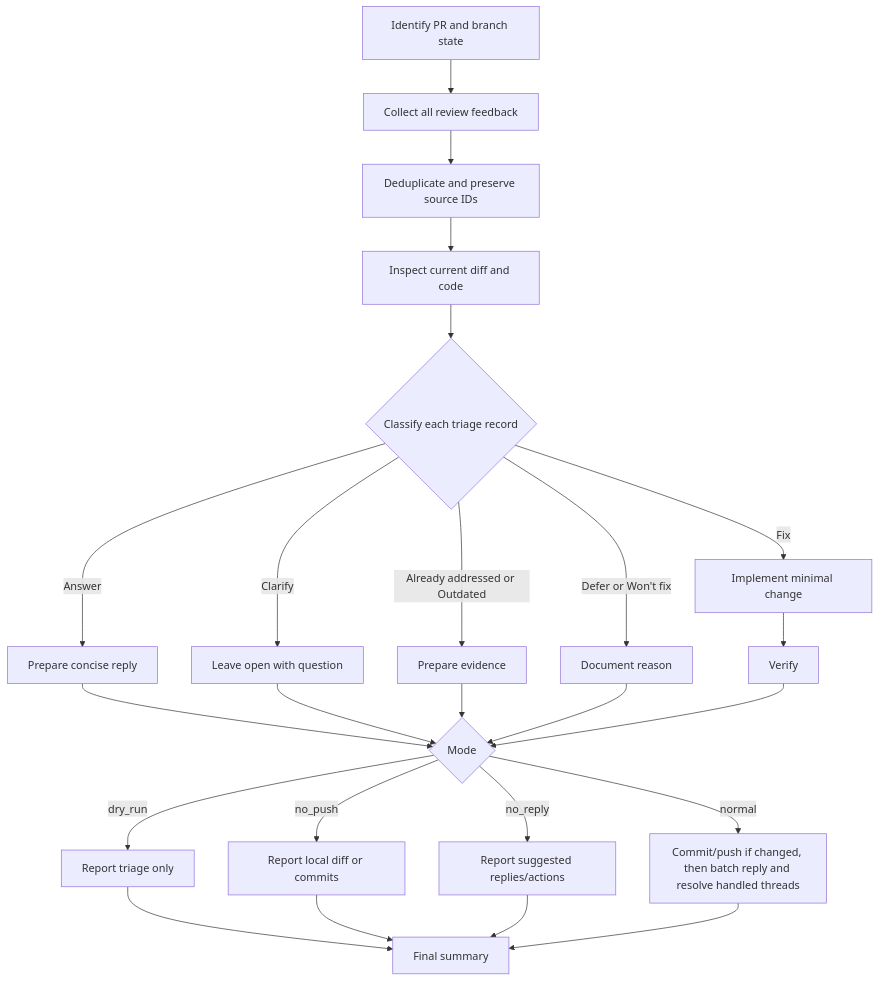
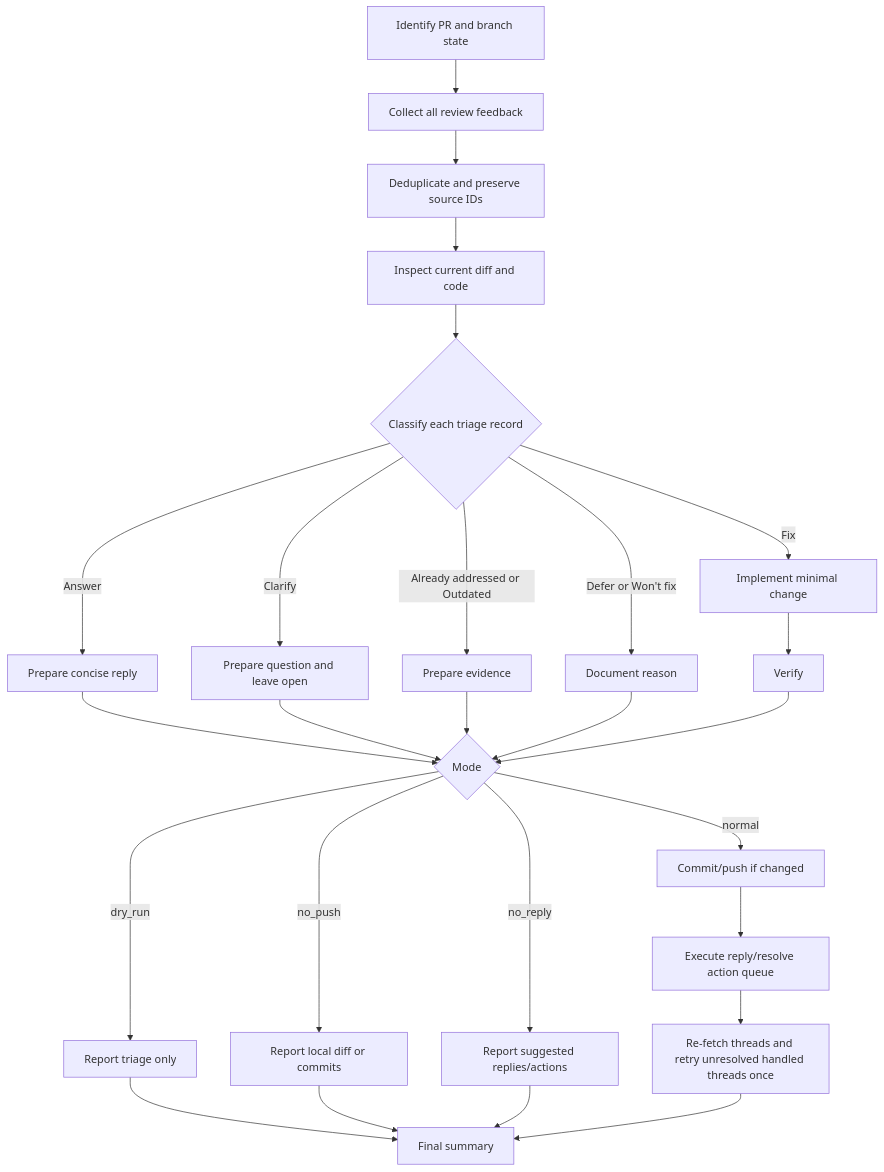
One commit to dceoy/mt5api changed the diagram in .agents/skills/pr-feedback-triage/SKILL.md. Above: the diagram before and after it, drawn with Mermaid. The commit also changed other lines of this file, not shown here.

````diff
--- a/.agents/skills/pr-feedback-triage/SKILL.md
+++ b/.agents/skills/pr-feedback-triage/SKILL.md
@@ -75,26 +121,28 @@
 ```mermaid
 flowchart TD
   A[Identify PR and branch state] --> B[Collect all review feedback]
   B --> C[Deduplicate and preserve source IDs]
   C --> D[Inspect current diff and code]
   D --> E{Classify each triage record}
   E -->|Fix| F[Implement minimal change]
   E -->|Answer| G[Prepare concise reply]
-  E -->|Clarify| H[Leave open with question]
+  E -->|Clarify| H[Prepare question and leave open]
   E -->|Already addressed or Outdated| I[Prepare evidence]
   E -->|Defer or Won't fix| J[Document reason]
   F --> K[Verify]
   G --> L{Mode}
   H --> L
   I --> L
   J --> L
   K --> L
   L -->|dry_run| M[Report triage only]
   L -->|no_push| N[Report local diff or commits]
   L -->|no_reply| O[Report suggested replies/actions]
-  L -->|normal| P[Commit/push if changed, then batch reply and resolve handled threads]
+  L -->|normal| P[Commit/push if changed]
+  P --> R[Execute reply/resolve action queue]
+  R --> S[Re-fetch threads and retry unresolved handled threads once]
   M --> Q[Final summary]
   N --> Q
   O --> Q
-  P --> Q
+  S --> Q
 ```
````
